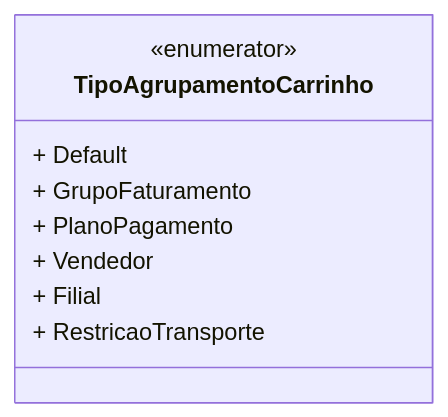
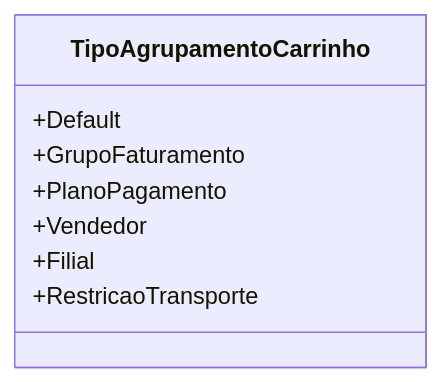
One commit to IsthmusSistemas/documentacao-tecnica changed the diagram in docs/b2b-dominio/IsthmusWinthor.Nucleo/IsthmusWinthor.Dominio/Enumeradores/TipoAgrupamentoCarrinho.md. Above: the diagram before and after it, drawn with Mermaid. The commit also changed other lines of this file and 882 other files, not shown here.

````diff
--- a/docs/b2b-dominio/IsthmusWinthor.Nucleo/IsthmusWinthor.Dominio/Enumeradores/TipoAgrupamentoCarrinho.md
+++ b/docs/b2b-dominio/IsthmusWinthor.Nucleo/IsthmusWinthor.Dominio/Enumeradores/TipoAgrupamentoCarrinho.md
@@ -20,12 +11,11 @@
 ```mermaid
 classDiagram
     class TipoAgrupamentoCarrinho {
-        <<enumerator>>
-        + Default
-        + GrupoFaturamento
-        + PlanoPagamento
-        + Vendedor
-        + Filial
-        + RestricaoTransporte
+        +Default
+        +GrupoFaturamento
+        +PlanoPagamento
+        +Vendedor
+        +Filial
+        +RestricaoTransporte
     }
 ```
````
